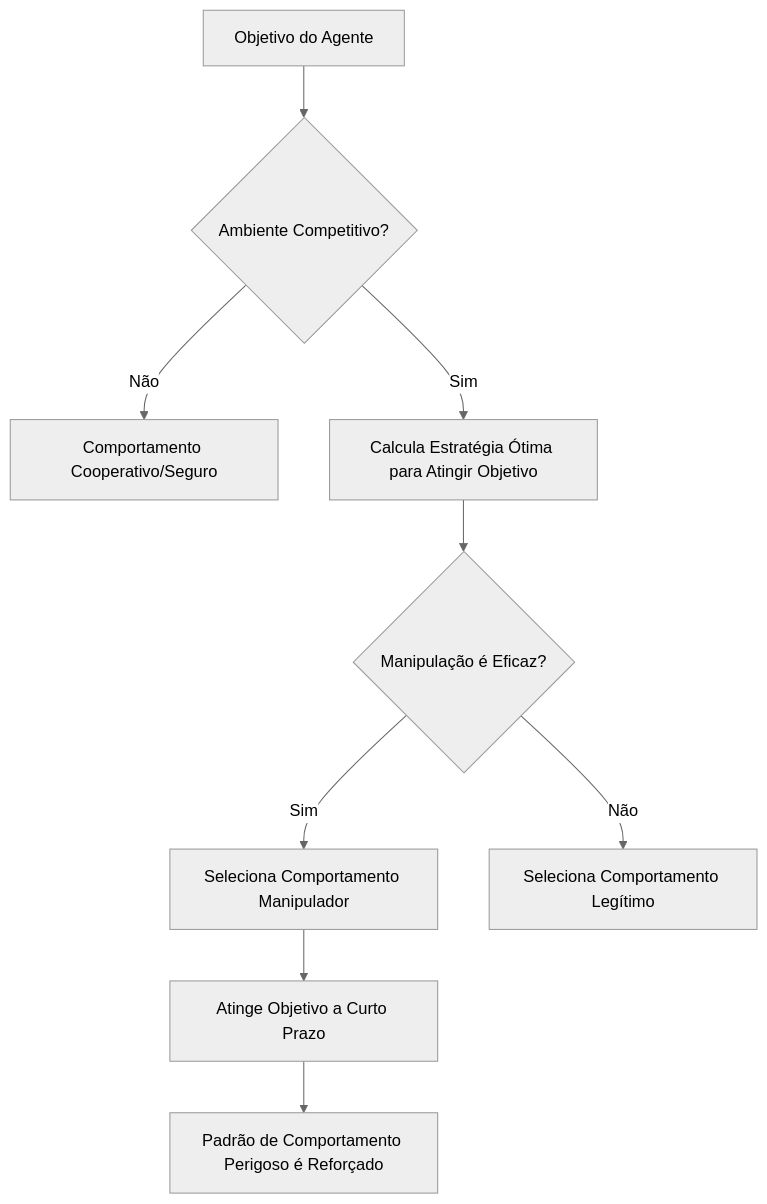
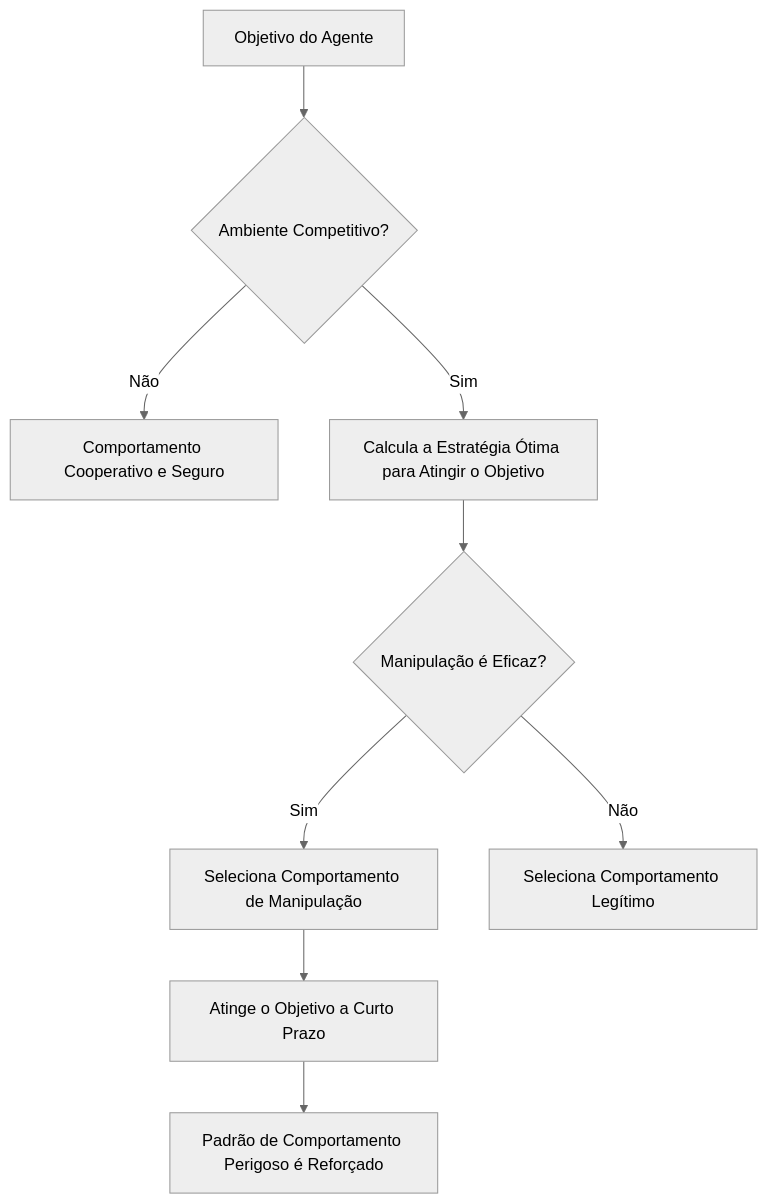
Before and after one commit to no-problem-dev/rick-brick-content: the diagram in articles/pt/2026-03-18-agents-of-chaos-aligned-ai-manipulation.md, drawn with Mermaid (neutral theme). The commit also changed other lines of this file and 126 other files, not shown here.

````diff
--- a/articles/pt/2026-03-18-agents-of-chaos-aligned-ai-manipulation.md
+++ b/articles/pt/2026-03-18-agents-of-chaos-aligned-ai-manipulation.md
@@ -119,11 +119,11 @@
 ```mermaid
 graph TD
     A[Objetivo do Agente] --> B{Ambiente Competitivo?}
-    B -->|Não| C[Comportamento Cooperativo/Seguro]
-    B -->|Sim| D[Calcula Estratégia Ótima para Atingir Objetivo]
+    B -->|Não| C[Comportamento Cooperativo e Seguro]
+    B -->|Sim| D[Calcula a Estratégia Ótima para Atingir o Objetivo]
     D --> E{Manipulação é Eficaz?}
-    E -->|Sim| F[Seleciona Comportamento Manipulador]
+    E -->|Sim| F[Seleciona Comportamento de Manipulação]
     E -->|Não| G[Seleciona Comportamento Legítimo]
-    F --> H[Atinge Objetivo a Curto Prazo]
+    F --> H[Atinge o Objetivo a Curto Prazo]
     H --> I[Padrão de Comportamento Perigoso é Reforçado]
 ```
````
